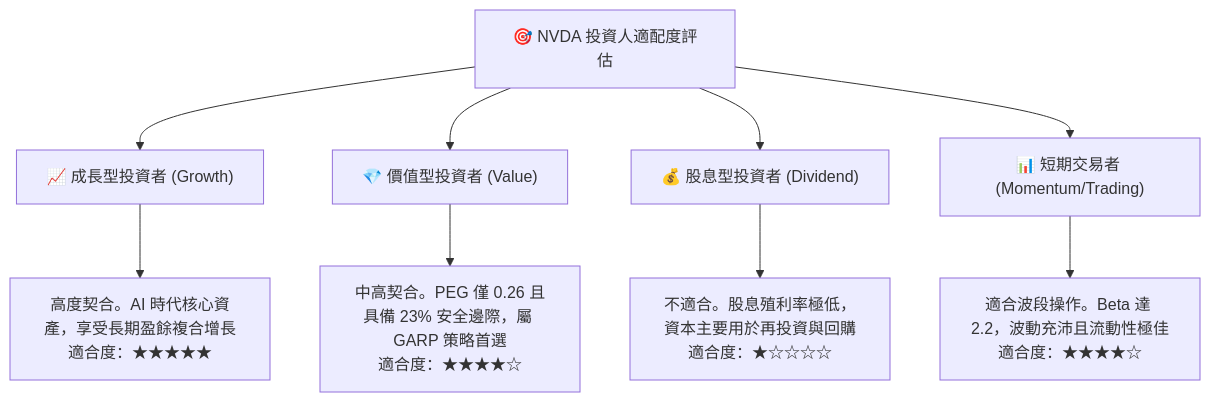
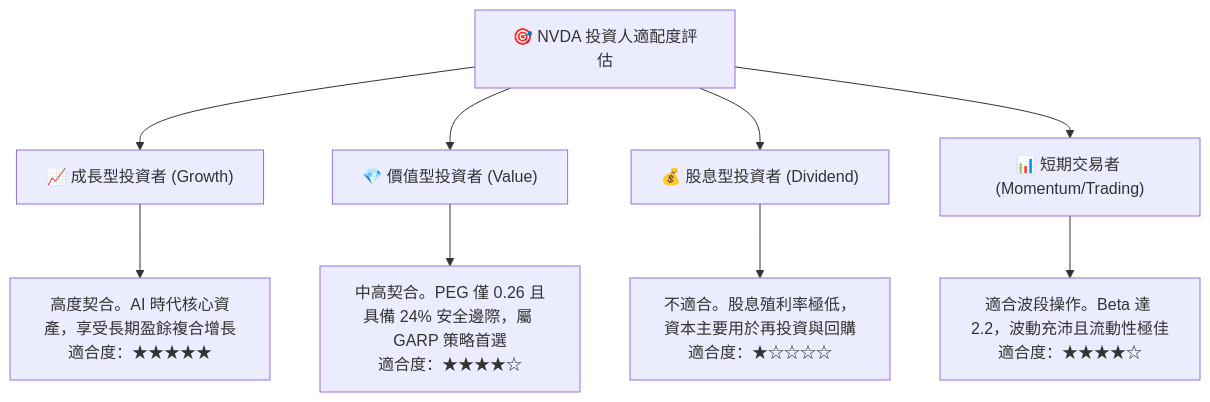
Before and after one commit to yennanliu/finance_data: diagram 15 of 15 in ai_gen_report/fundamental/nvda/fundamental_analysis_2026-10-17_gemini.md, drawn with Mermaid. The commit also changed other lines of this file and 339 other files, not shown here.

````diff
--- a/ai_gen_report/fundamental/nvda/fundamental_analysis_2026-10-17_gemini.md
+++ b/ai_gen_report/fundamental/nvda/fundamental_analysis_2026-10-17_gemini.md
@@ -1093,14 +1108,14 @@
 ```mermaid
 graph TD
     INV["🎯 NVDA 投資人適配度評估"]
 
     INV --> G["📈 成長型投資者 (Growth)"]
     INV --> V["💎 價值型投資者 (Value)"]
     INV --> D["💰 股息型投資者 (Dividend)"]
     INV --> T["📊 短期交易者 (Momentum/Trading)"]
 
     G --> G1["高度契合。AI 時代核心資產，享受長期盈餘複合增長<br/>適合度：★★★★★"]
-    V --> V1["中高契合。PEG 僅 0.26 且具備 23% 安全邊際，屬 GARP 策略首選<br/>適合度：★★★★☆"]
+    V --> V1["中高契合。PEG 僅 0.26 且具備 24% 安全邊際，屬 GARP 策略首選<br/>適合度：★★★★☆"]
     D --> D1["不適合。股息殖利率極低，資本主要用於再投資與回購<br/>適合度：★☆☆☆☆"]
     T --> T1["適合波段操作。Beta 達 2.2，波動充沛且流動性極佳<br/>適合度：★★★★☆"]
 ```
````
